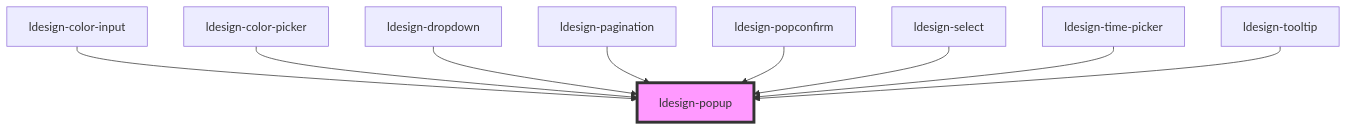
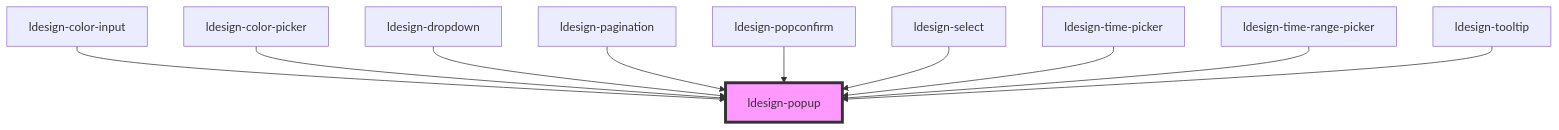
One commit to poly1603/ldesign changed the diagram in packages/webcomponent/src/components/popup/readme.md. Above: the diagram before and after it, drawn with Mermaid. The commit also changed other lines of this file and 36 other files, not shown here.

````diff
--- a/packages/webcomponent/src/components/popup/readme.md
+++ b/packages/webcomponent/src/components/popup/readme.md
@@ -107,12 +108,13 @@
 ```mermaid
 graph TD;
   ldesign-color-input --> ldesign-popup
   ldesign-color-picker --> ldesign-popup
   ldesign-dropdown --> ldesign-popup
   ldesign-pagination --> ldesign-popup
   ldesign-popconfirm --> ldesign-popup
   ldesign-select --> ldesign-popup
   ldesign-time-picker --> ldesign-popup
+  ldesign-time-range-picker --> ldesign-popup
   ldesign-tooltip --> ldesign-popup
   style ldesign-popup fill:#f9f,stroke:#333,stroke-width:4px
 ```
````
